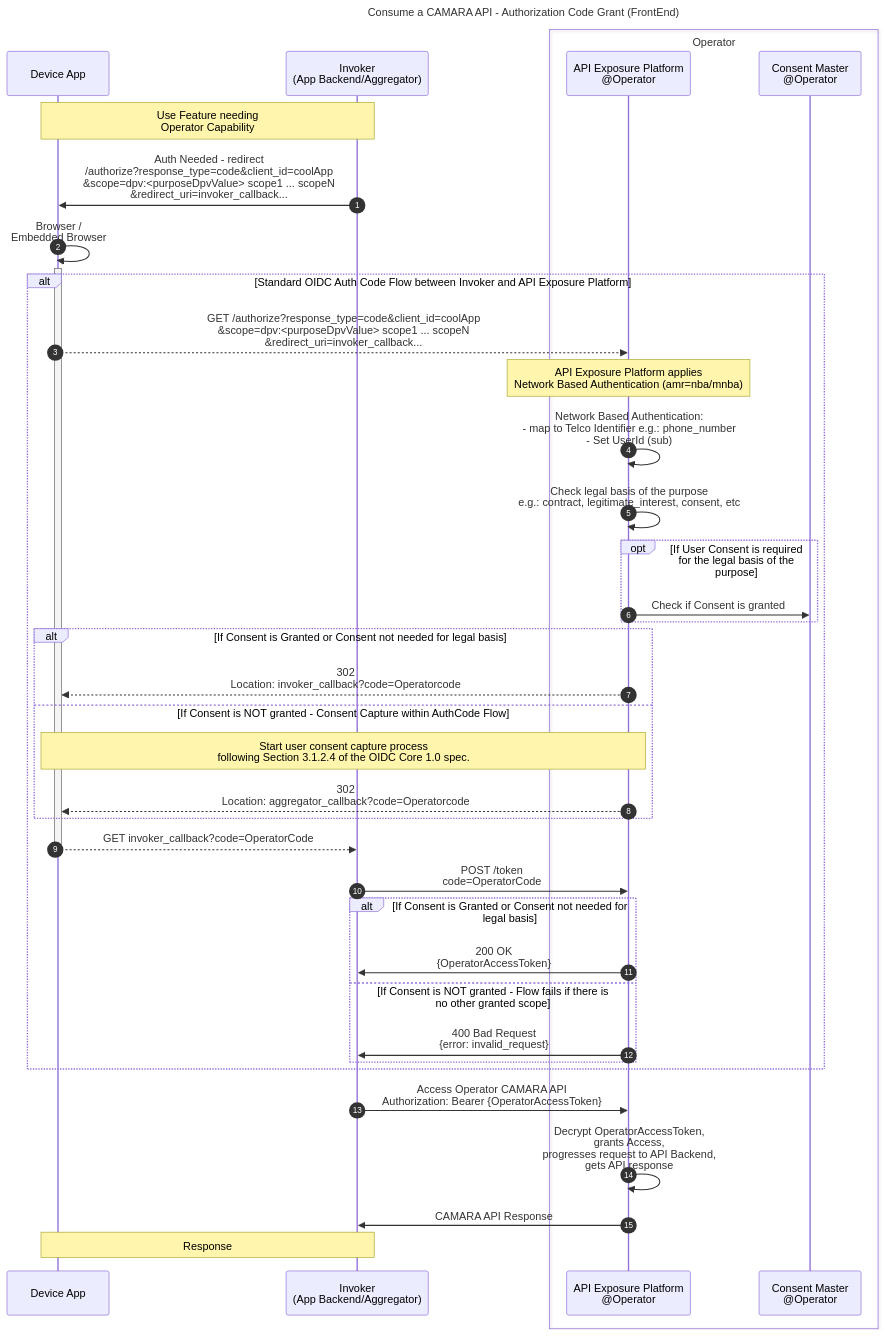
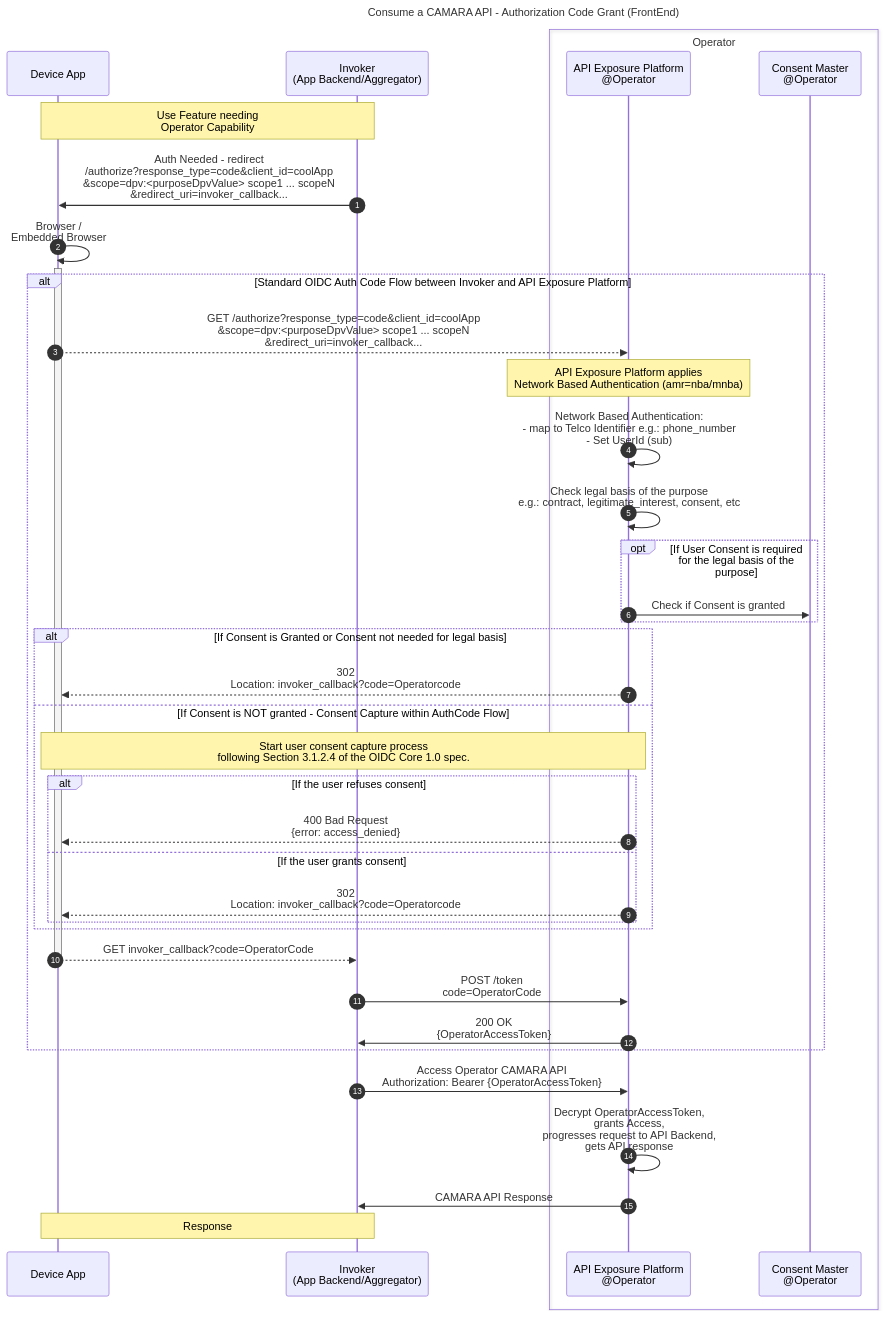
One commit to camaraproject/IdentityAndConsentManagement changed the first of 2 diagrams in documentation/CAMARA-API-access-and-user-consent.md. Above: the diagram before and after it, drawn with Mermaid. The commit also changed other lines of this file, not shown here.

Commit message:
Auth code flow update to fix Issue #138

````diff
--- a/documentation/CAMARA-API-access-and-user-consent.md
+++ b/documentation/CAMARA-API-access-and-user-consent.md
@@ -90,42 +90,42 @@
 ```mermaid
 sequenceDiagram
 autonumber
 title Consume a CAMARA API - Authorization Code Grant (FrontEnd)
 participant FE as Device App
 participant BE as Invoker<br>(App Backend/Aggregator)
 box Operator
   participant ExpO as API Exposure Platform<br>@Operator
   participant Consent as Consent Master<br>@Operator
 end
 
 Note over FE,BE: Use Feature needing<br>Operator Capability  
 BE->>FE: Auth Needed - redirect <br>/authorize?response_type=code&client_id=coolApp<br>&scope=dpv:<purposeDpvValue> scope1 ... scopeN<br>&redirect_uri=invoker_callback...
 FE->>+FE: Browser /<br> Embedded Browser
 alt Standard OIDC Auth Code Flow between Invoker and API Exposure Platform
   FE-->>ExpO: GET /authorize?response_type=code&client_id=coolApp<br>&scope=dpv:<purposeDpvValue> scope1 ... scopeN<br>&redirect_uri=invoker_callback...
   Note over ExpO: API Exposure Platform applies<br>Network Based Authentication (amr=nba/mnba)
   ExpO->>ExpO: Network Based Authentication:<br>- map to Telco Identifier e.g.: phone_number<br>- Set UserId (sub)  
   ExpO->>ExpO: Check legal basis of the purpose<br> e.g.: contract, legitimate_interest, consent, etc 
   opt If User Consent is required for the legal basis of the purpose  
     ExpO->>Consent: Check if Consent is granted    
   end  
   alt If Consent is Granted or Consent not needed for legal basis   
     ExpO-->>FE: 302<br>Location: invoker_callback?code=Operatorcode
   else If Consent is NOT granted - Consent Capture within AuthCode Flow  
     Note over FE,ExpO: Start user consent capture process<br>following Section 3.1.2.4 of the OIDC Core 1.0 spec.    
-    ExpO-->>FE: 302<br>Location: aggregator_callback?code=Operatorcode 
+    alt If the user refuses consent
+      ExpO-->>FE: 400 Bad Request <br> {error: access_denied}
+    else If the user grants consent
+      ExpO-->>FE: 302<br>Location: invoker_callback?code=Operatorcode
+    end
   end
   FE-->>-BE: GET invoker_callback?code=OperatorCode
   BE->>ExpO: POST /token<br> code=OperatorCode
-  alt If Consent is Granted or Consent not needed for legal basis
-    ExpO->>BE: 200 OK <br> {OperatorAccessToken}
-  else If Consent is NOT granted - Flow fails if there is no other granted scope
-    ExpO->>BE: 400 Bad Request <br> {error: invalid_request}
-  end
+  ExpO->>BE: 200 OK <br> {OperatorAccessToken}
 end
 
 BE->>ExpO: Access Operator CAMARA API <br> Authorization: Bearer {OperatorAccessToken}        
 ExpO->>ExpO: Decrypt OperatorAccessToken,<br>grants Access,<br>progresses request to API Backend,<br>gets API response  
 ExpO->>BE: CAMARA API Response
 Note over BE,FE: Response
 ```
````
